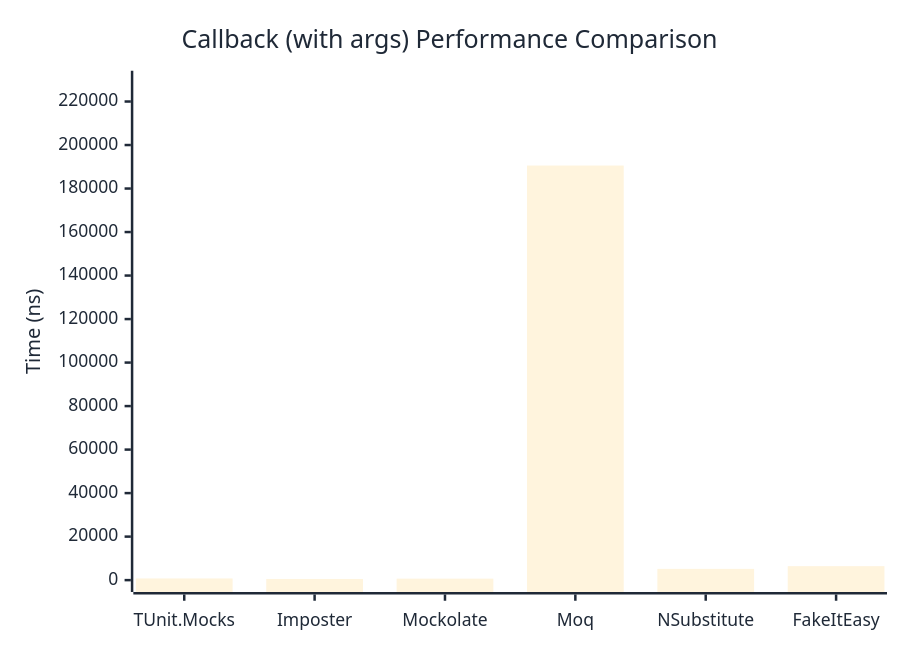
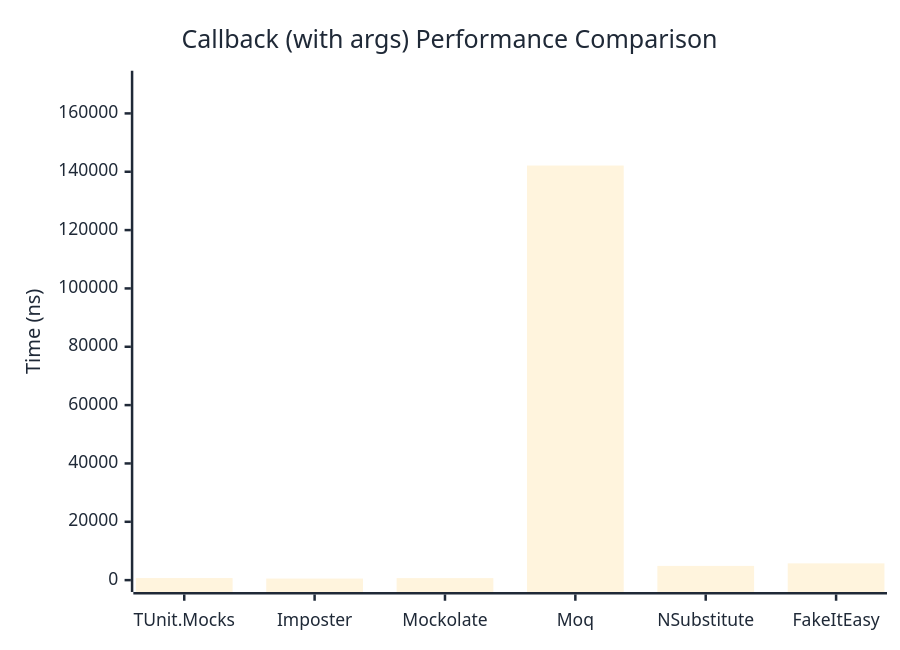
Before and after one commit to thomhurst/TUnit: the second of 2 diagrams in docs/docs/benchmarks/mocks/Callback.md, drawn with Mermaid. The commit also changed other lines of this file and 14 other files, not shown here.

````diff
--- a/docs/docs/benchmarks/mocks/Callback.md
+++ b/docs/docs/benchmarks/mocks/Callback.md
@@ -69,27 +69,27 @@
 ```mermaid
 %%{init: {
   'theme':'base',
   'themeVariables': {
     'primaryColor': '#2563eb',
     'primaryTextColor': '#1f2937',
     'primaryBorderColor': '#1e40af',
     'lineColor': '#6b7280',
     'secondaryColor': '#7c3aed',
     'tertiaryColor': '#dc2626',
     'background': '#ffffff',
     'pie1': '#2563eb',
     'pie2': '#7c3aed',
     'pie3': '#dc2626',
     'pie4': '#f59e0b',
     'pie5': '#10b981',
     'pie6': '#06b6d4',
     'pie7': '#ec4899',
     'pie8': '#6366f1'
   }
 }}%%
 xychart-beta
   title "Callback (with args) Performance Comparison"
   x-axis ["TUnit.Mocks", "Imposter", "Mockolate", "Moq", "NSubstitute", "FakeItEasy"]
-  y-axis "Time (ns)" 0 --> 228686
-  bar [770.3, 537.1, 680.6, 190570.9, 5171.6, 6416.3]
+  y-axis "Time (ns)" 0 --> 170553
+  bar [708.7, 540.9, 689.4, 142126.8, 4871.2, 5747.5]
 ```
````
